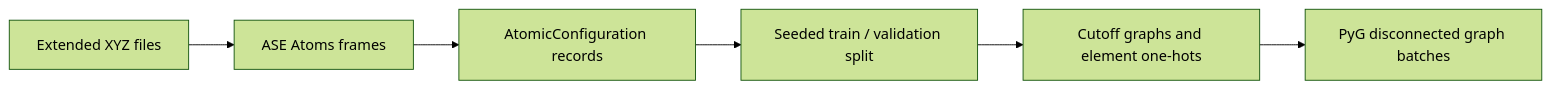
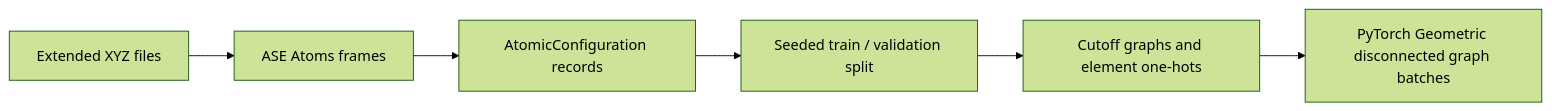
One commit to mettafore/gdl-papers changed the second of 4 diagrams in papers/15-MACE/learning-notes.md. Above: the diagram before and after it, drawn with Mermaid (forest theme). The commit also changed other lines of this file and 1 other file, not shown here.

````diff
--- a/papers/15-MACE/learning-notes.md
+++ b/papers/15-MACE/learning-notes.md
@@ -129,8 +132,8 @@
 ```mermaid
 flowchart LR
     XYZ["Extended XYZ files"] --> ASE["ASE Atoms frames"]
     ASE --> Config["AtomicConfiguration records"]
     Config --> Split["Seeded train / validation split"]
     Split --> Graph["Cutoff graphs and element one-hots"]
-    Graph --> Batch["PyG disconnected graph batches"]
+    Graph --> Batch["PyTorch Geometric disconnected graph batches"]
 ```
````
